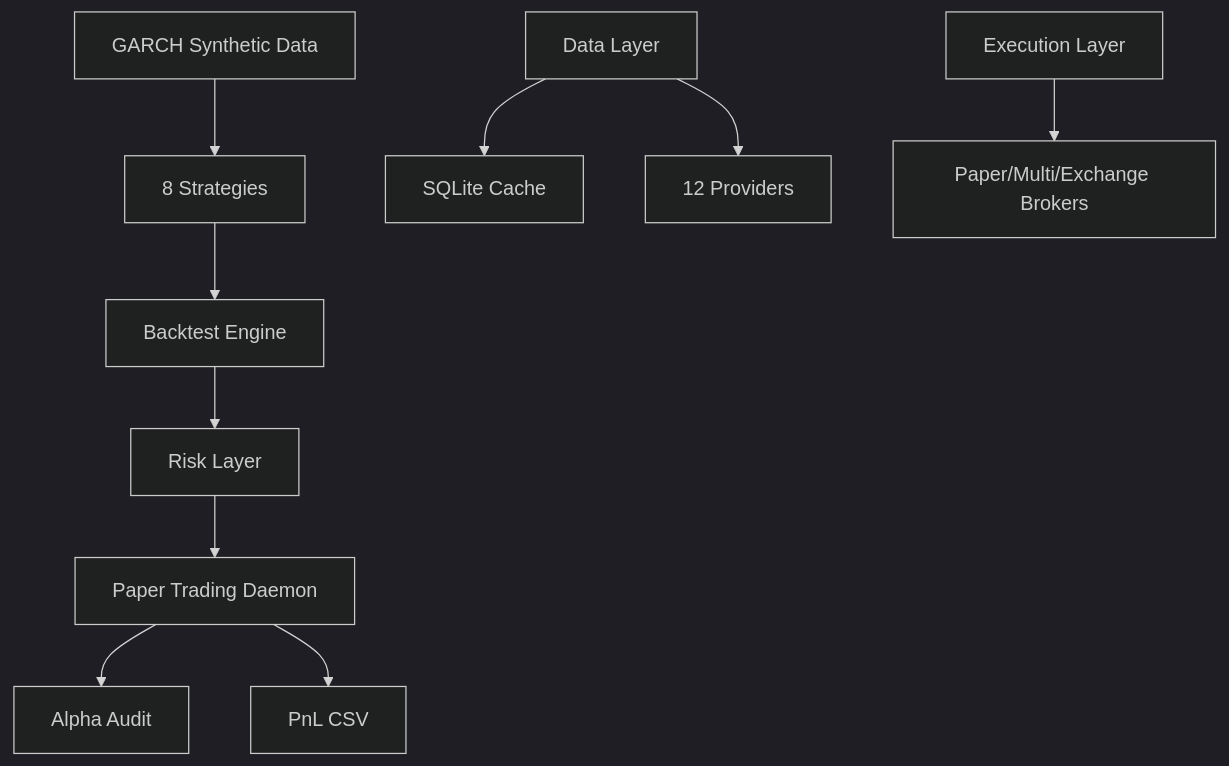
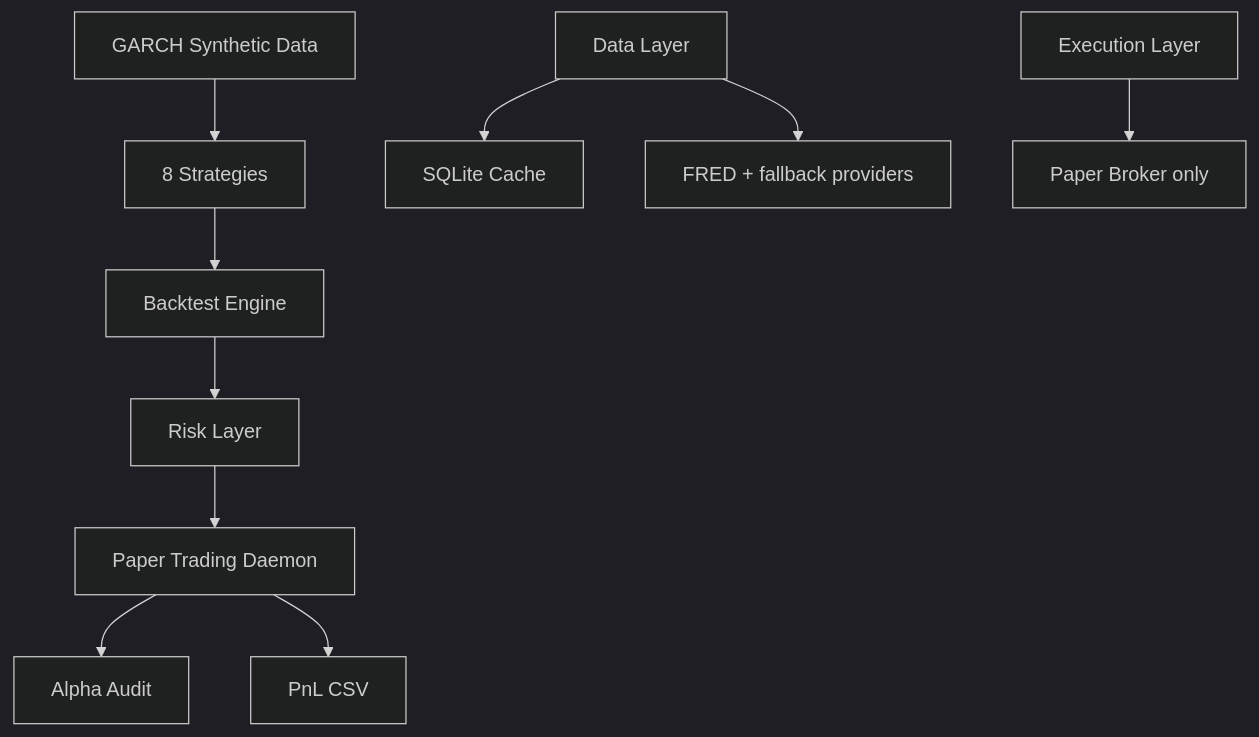
Before and after one commit to mulkymalikuldhrs/Quant-Nanggroe-AI: the second of 3 diagrams in QUANT_NANGRAOE_COMPLETE.md, drawn with Mermaid (dark theme). The commit also changed other lines of this file and 1 other file, not shown here.

````diff
--- a/QUANT_NANGRAOE_COMPLETE.md
+++ b/QUANT_NANGRAOE_COMPLETE.md
@@ -120,12 +109,12 @@
 ```mermaid
 graph TD
    SYNTH[GARCH Synthetic Data] --> STRAT[8 Strategies]
    STRAT --> BT[Backtest Engine]
    BT --> RISK[Risk Layer]
    RISK --> DAEMON[Paper Trading Daemon]
    DAEMON --> AUDIT[Alpha Audit]
    DAEMON --> PNL[PnL CSV]
    DATA[Data Layer] --> CACHE[SQLite Cache]
-   DATA --> PROVIDERS[12 Providers]
-   EXEC[Execution Layer] --> BROKER[Paper/Multi/Exchange Brokers]
+   DATA --> PROVIDERS[FRED + fallback providers]
+   EXEC[Execution Layer] --> BROKER[Paper Broker only]
 ```
````
